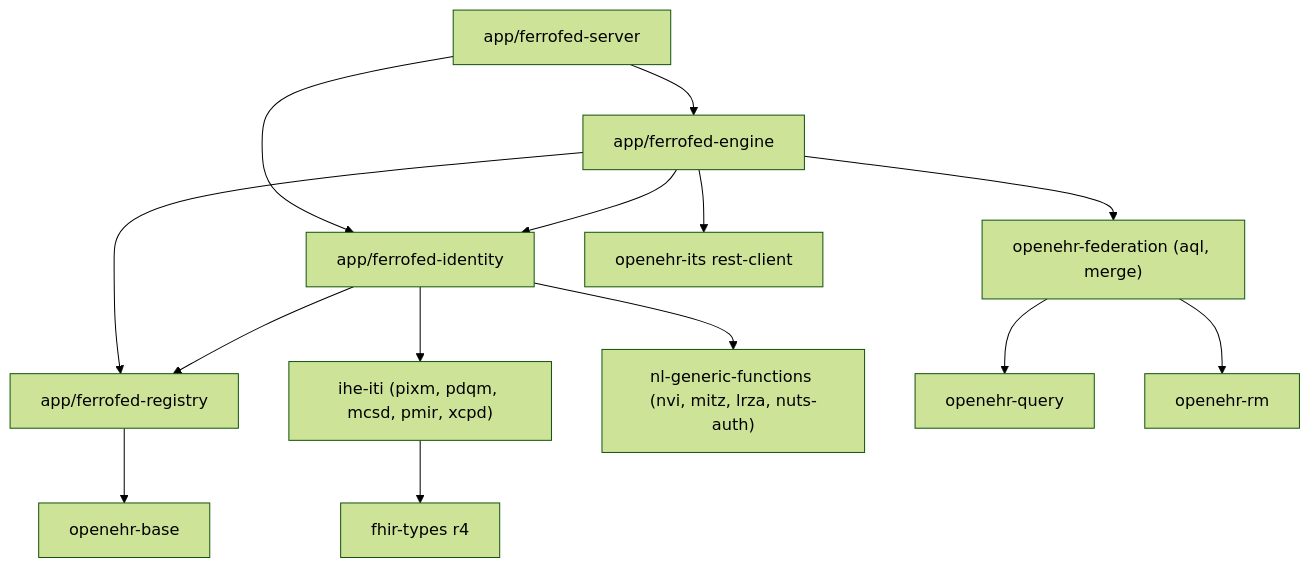
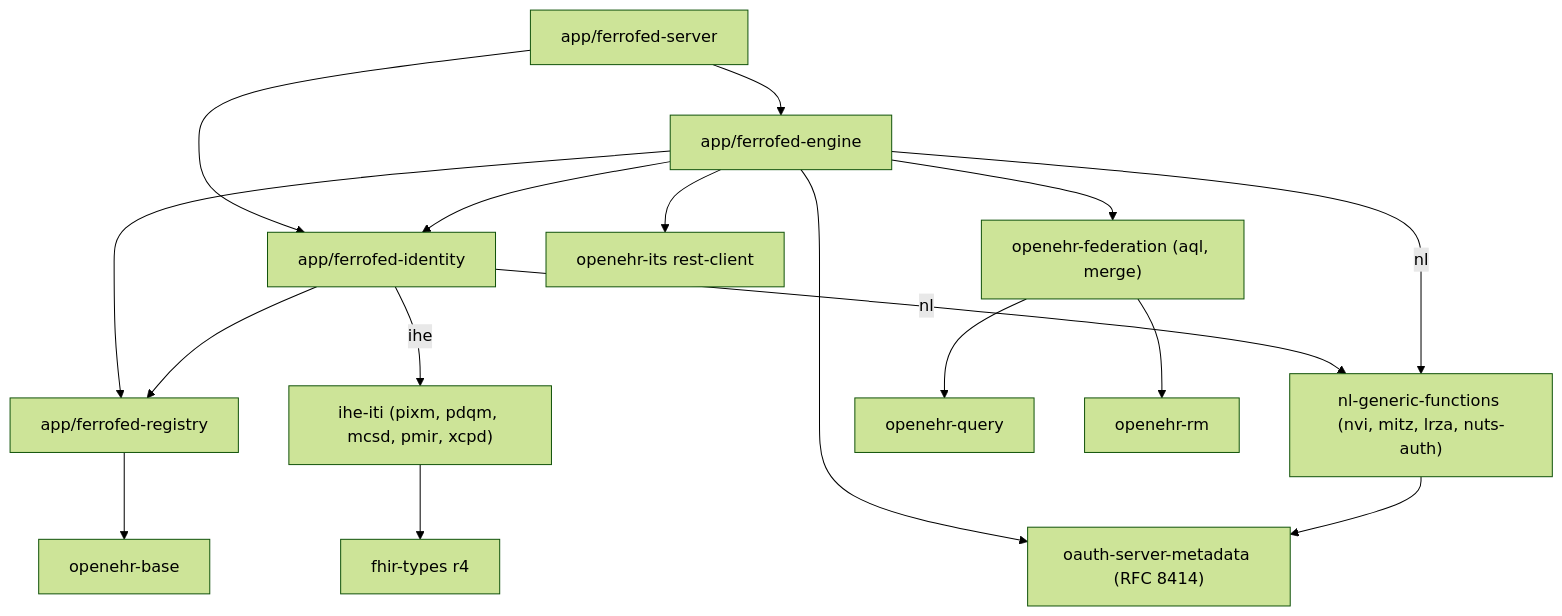
Before and after one commit to FerroHEALTH/FerroFED: the fourth of 4 diagrams in docs/architecture.md, drawn with Mermaid (forest theme). The commit also changed other lines of this file and 4 other files, not shown here.

First line of the commit message:
docs: record the RFC 8414 crate and the binding features, and list [nl_gf.mitz] in the configuration table

````diff
--- a/docs/architecture.md
+++ b/docs/architecture.md
@@ -2008,16 +2015,19 @@
 ```mermaid
 flowchart TD
     server["app/ferrofed-server"] --> engine["app/ferrofed-engine"]
     server --> identity["app/ferrofed-identity"]
     engine --> federation["openehr-federation (aql, merge)"]
     engine --> registry["app/ferrofed-registry"]
     engine --> identity
     identity --> registry
-    identity --> iti["ihe-iti (pixm, pdqm, mcsd, pmir, xcpd)"]
-    identity --> nlgf["nl-generic-functions (nvi, mitz, lrza, nuts-auth)"]
+    identity -- ihe --> iti["ihe-iti (pixm, pdqm, mcsd, pmir, xcpd)"]
+    identity -- nl --> nlgf["nl-generic-functions (nvi, mitz, lrza, nuts-auth)"]
+    engine -- nl --> nlgf
+    engine --> metadata["oauth-server-metadata (RFC 8414)"]
+    nlgf --> metadata
     engine --> its["openehr-its rest-client"]
     federation --> query["openehr-query"]
     federation --> rm["openehr-rm"]
     registry --> base["openehr-base"]
     iti --> fhir["fhir-types r4"]
 ```
````
